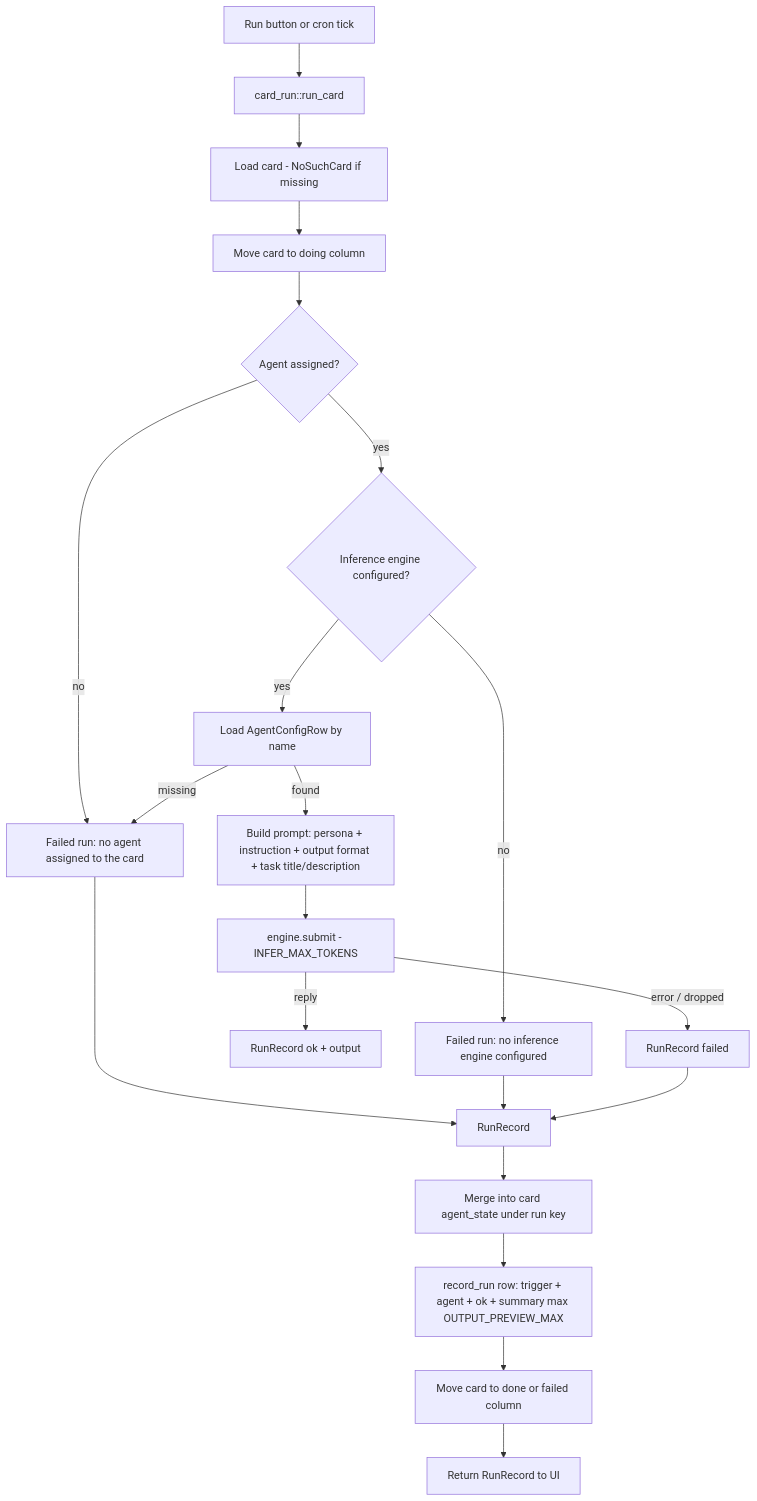
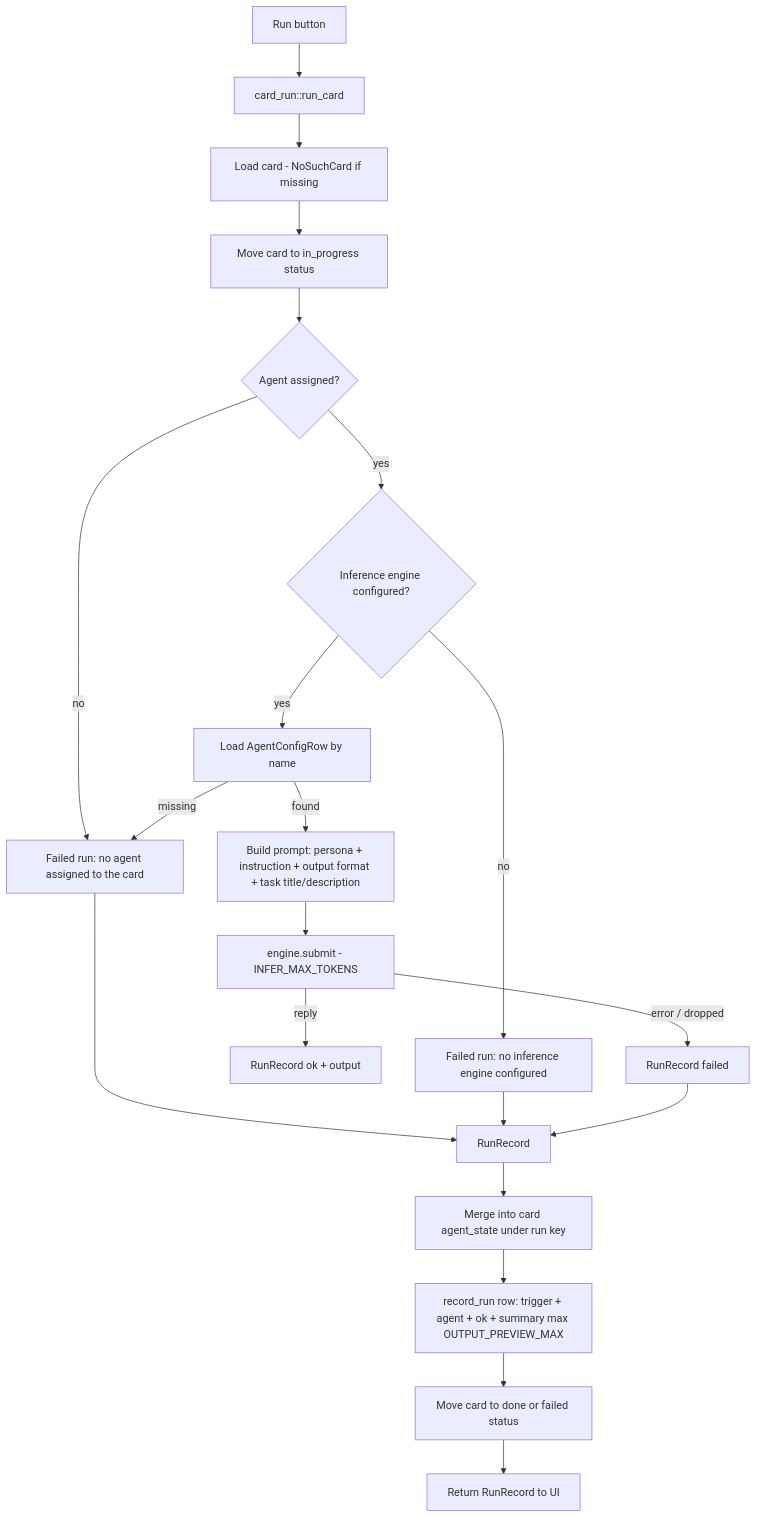
One commit to lidm0707/susutaku changed the second of 3 diagrams in docs/agent-web.md. Above: the diagram before and after it, drawn with Mermaid. The commit also changed other lines of this file and 5 other files, not shown here.

````diff
--- a/docs/agent-web.md
+++ b/docs/agent-web.md
@@ -118,23 +119,23 @@
 ```mermaid
 graph TD
-    A[Run button or cron tick] --> B[card_run::run_card]
+    A[Run button] --> B[card_run::run_card]
     B --> C[Load card - NoSuchCard if missing]
-    C --> D[Move card to doing column]
+    C --> D[Move card to in_progress status]
     D --> E{Agent assigned?}
     E -->|no| F[Failed run: no agent assigned to the card]
     E -->|yes| G{Inference engine configured?}
     G -->|no| H[Failed run: no inference engine configured]
     G -->|yes| I[Load AgentConfigRow by name]
     I -->|missing| F
     I -->|found| J[Build prompt: persona + instruction + output format + task title/description]
     J --> K[engine.submit - INFER_MAX_TOKENS]
     K -->|reply| L[RunRecord ok + output]
     K -->|error / dropped| M[RunRecord failed]
     F --> N[RunRecord]
     H --> N
     M --> N
     N --> O[Merge into card agent_state under run key]
     O --> P[record_run row: trigger + agent + ok + summary max OUTPUT_PREVIEW_MAX]
-    P --> Q[Move card to done or failed column]
+    P --> Q[Move card to done or failed status]
     Q --> R[Return RunRecord to UI]
 ```
````
